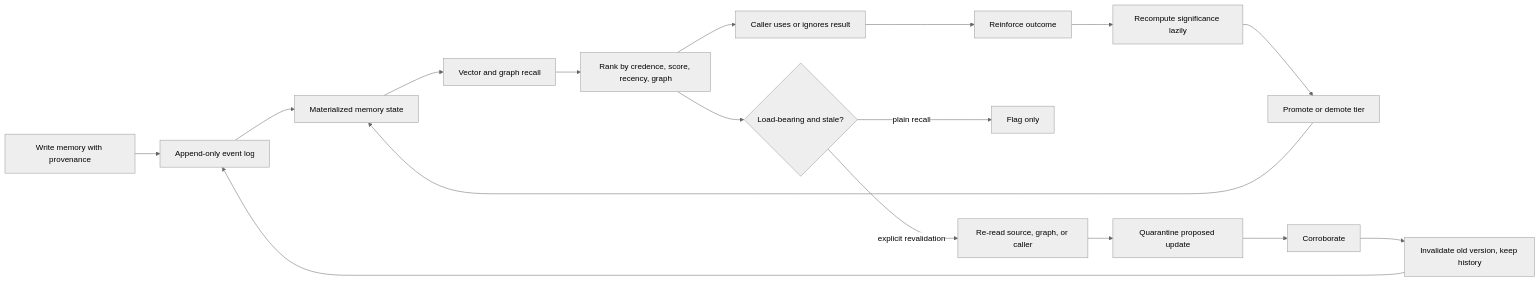
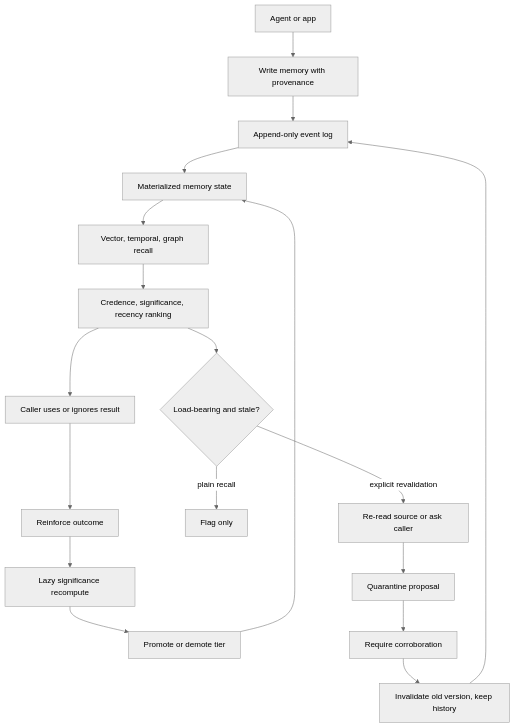
One commit to gongahkia/solomon changed the diagram in README.md. Above: the diagram before and after it, drawn with Mermaid (neutral theme). The commit also changed other lines of this file, not shown here.

````diff
--- a/README.md
+++ b/README.md
@@ -49,19 +255,20 @@
 ```mermaid
-flowchart LR
-    A[Write memory with provenance] --> B[Append-only event log]
-    B --> C[Materialized memory state]
-    C --> D[Vector and graph recall]
-    D --> E[Rank by credence, score, recency, graph]
-    E --> F[Caller uses or ignores result]
-    F --> G[Reinforce outcome]
-    G --> H[Recompute significance lazily]
-    H --> I[Promote or demote tier]
-    I --> C
-    E --> J{Load-bearing and stale?}
-    J -->|plain recall| K[Flag only]
-    J -->|explicit revalidation| L[Re-read source, graph, or caller]
-    L --> M[Quarantine proposed update]
-    M --> N[Corroborate]
-    N --> O[Invalidate old version, keep history]
-    O --> B
+flowchart TD
+    Client[Agent or app] --> Write[Write memory with provenance]
+    Write --> Log[Append-only event log]
+    Log --> State[Materialized memory state]
+    State --> Recall[Vector, temporal, graph recall]
+    Recall --> Rank[Credence, significance, recency ranking]
+    Rank --> Use[Caller uses or ignores result]
+    Use --> Signal[Reinforce outcome]
+    Signal --> Score[Lazy significance recompute]
+    Score --> Tier[Promote or demote tier]
+    Tier --> State
+    Rank --> Stale{Load-bearing and stale?}
+    Stale -->|plain recall| Flag[Flag only]
+    Stale -->|explicit revalidation| Recheck[Re-read source or ask caller]
+    Recheck --> Quarantine[Quarantine proposal]
+    Quarantine --> Corroborate[Require corroboration]
+    Corroborate --> Replace[Invalidate old version, keep history]
+    Replace --> Log
 ```
````
